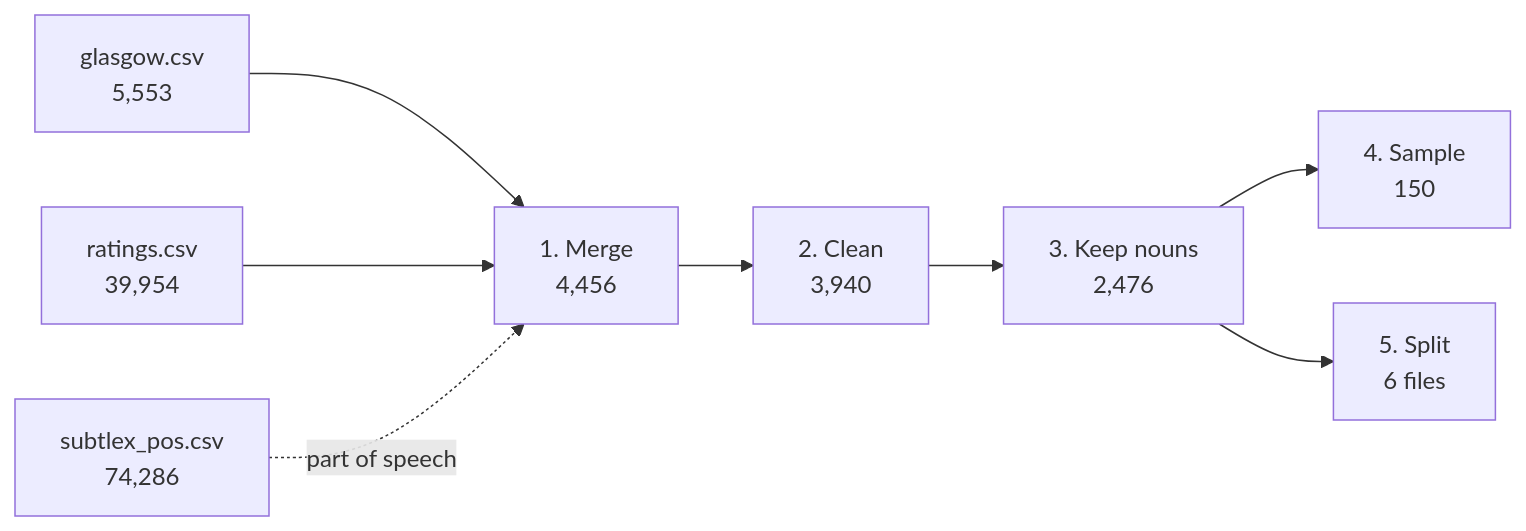
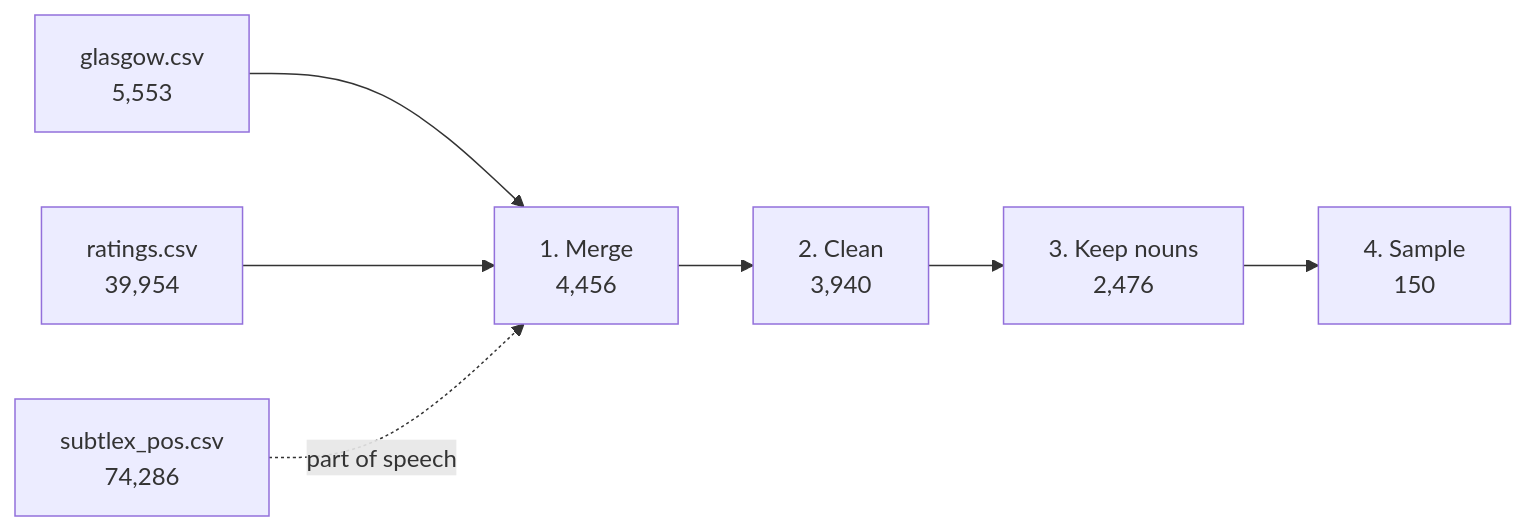
The diagram in dataset/README.md (ArmitaAfr/Visibility_Thresholds), drawn with Mermaid before and after one commit. The commit also changed other lines of this file, not shown here.

````diff
--- a/dataset/README.md
+++ b/dataset/README.md
@@ -37,8 +36,7 @@
 ```mermaid
 flowchart LR
     G[glasgow.csv<br/>5,553] --> M
     R[ratings.csv<br/>39,954] --> M
     M[1. Merge<br/>4,456] --> C[2. Clean<br/>3,940] --> N[3. Keep nouns<br/>2,476] --> S[4. Sample<br/>150]
-    N --> X[5. Split<br/>6 files]
     P[subtlex_pos.csv<br/>74,286] -. part of speech .-> M
 ```
````
